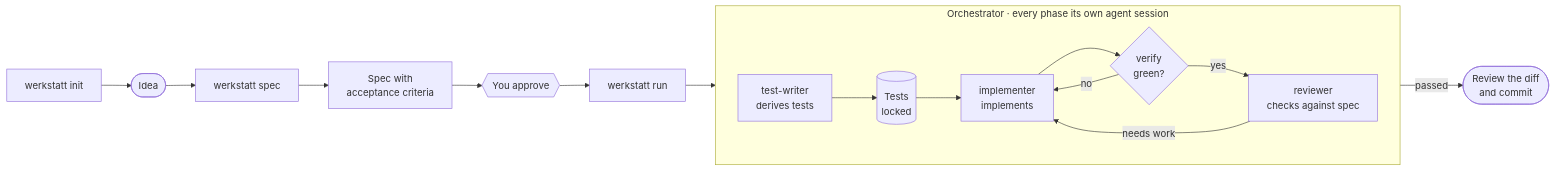
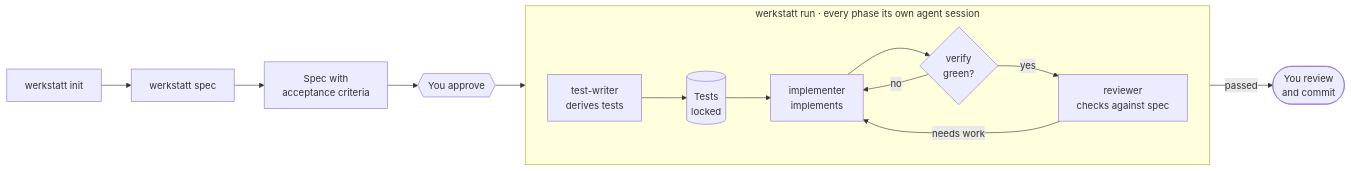
Before and after one commit to niklas-enns/werkstatt: the diagram in README.md, drawn with Mermaid. The commit also changed other lines of this file, not shown here.

````diff
--- a/README.md
+++ b/README.md
@@ -32,21 +32,19 @@
 ```mermaid
 flowchart LR
-    setup["werkstatt init"] --> idea([Idea])
-    idea --> interview["werkstatt spec"]
+    setup["werkstatt init"] --> interview["werkstatt spec"]
     interview --> spec[Spec with<br/>acceptance criteria]
     spec --> release{{You approve}}
-    release --> run["werkstatt run"]
+    release --> tests
 
-    subgraph run_box [Orchestrator · every phase its own agent session]
+    subgraph run_box ["werkstatt run · every phase its own agent session"]
         direction LR
         tests[test-writer<br/>derives tests] --> lock[(Tests<br/>locked)]
         lock --> impl[implementer<br/>implements]
         impl --> verify{verify<br/>green?}
         verify -- no --> impl
         verify -- yes --> review[reviewer<br/>checks against spec]
         review -- needs work --> impl
     end
 
-    run --> tests
-    review -- passed --> done([Review the diff<br/>and commit])
+    review -- passed --> done([You review<br/>and commit])
 ```
````
